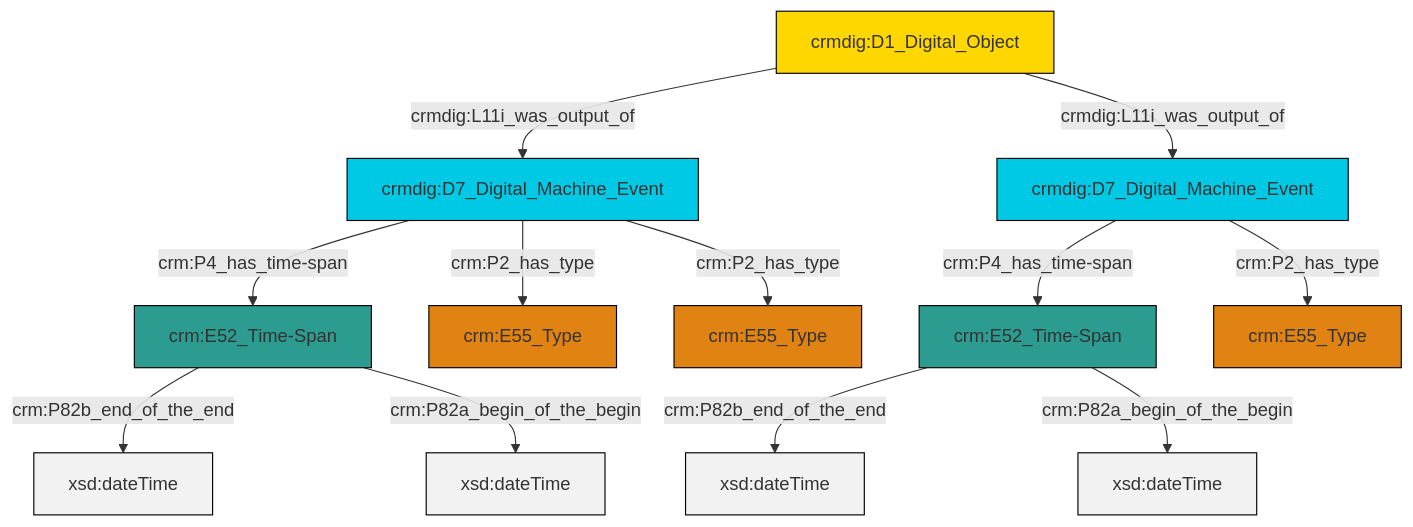
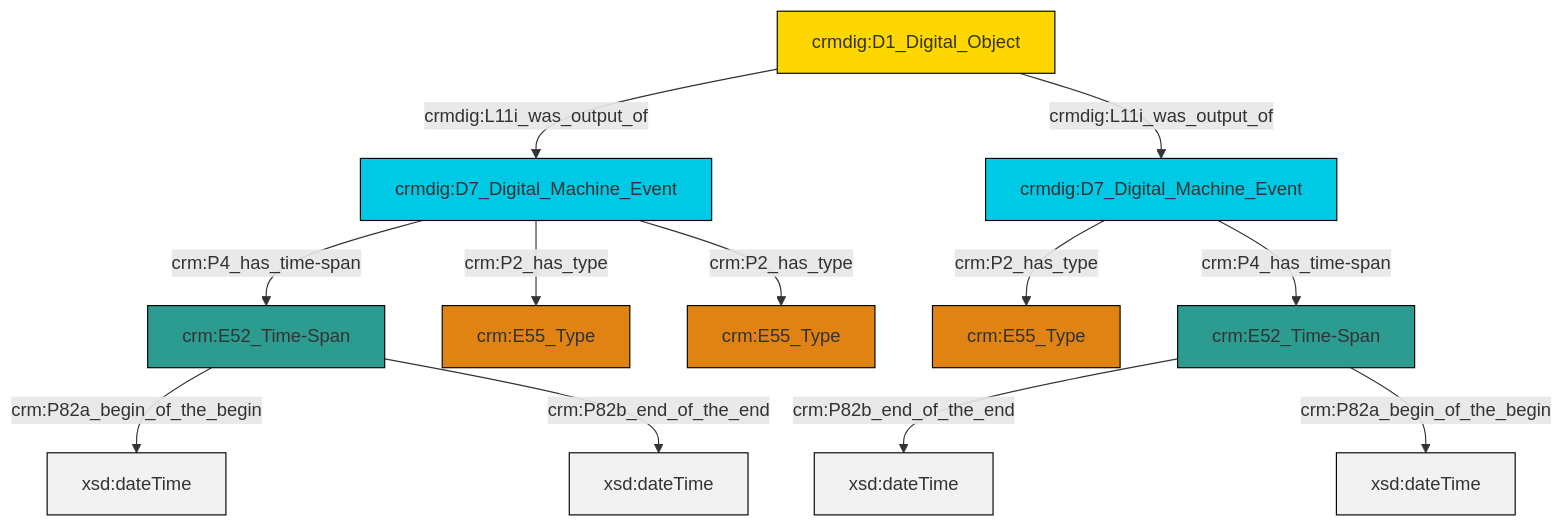
One commit to swiss-art-research-net/reference-data-models changed the diagram in et/doCSV/ttl/mmd/do_existence.ttl.mmd. Above: the diagram before and after it, drawn with Mermaid. The commit also changed 150 other files, not shown here.

```diff
--- a/et/doCSV/ttl/mmd/do_existence.ttl.mmd
+++ b/et/doCSV/ttl/mmd/do_existence.ttl.mmd
@@ -1,26 +1,26 @@
 graph TD
 classDef Literal fill:#f2f2f2,stroke:#000000;
 classDef CRM_Entity fill:#FFFFFF,stroke:#000000;
 classDef Temporal_Entity fill:#00C9E6, stroke:#000000;
 classDef Type fill:#E18312, stroke:#000000;
 classDef Time-Span fill:#2C9C91, stroke:#000000;
 classDef Appellation fill:#FFEB7F, stroke:#000000;
 classDef Place fill:#008836, stroke:#000000;
 classDef Persistent_Item fill:#B266B2, stroke:#000000;
 classDef Conceptual_Object fill:#FFD700, stroke:#000000;
 classDef Physical_Thing fill:#D2B48C, stroke:#000000;
 classDef Actor fill:#f58aad, stroke:#000000;
 classDef PC_Classes fill:#4ce600, stroke:#000000;
 classDef Multi fill:#cccccc,stroke:#000000;
 
 0["crmdig:D1_Digital_Object"]:::Conceptual_Object -->|crmdig:L11i_was_output_of| 1["crmdig:D7_Digital_Machine_Event"]:::Temporal_Entity
-5["crmdig:D7_Digital_Machine_Event"]:::Temporal_Entity -->|crm:P4_has_time-span| 2["crm:E52_Time-Span"]:::Time-Span
-2["crm:E52_Time-Span"]:::Time-Span -->|crm:P82b_end_of_the_end| 8[xsd:dateTime]:::Literal
-1["crmdig:D7_Digital_Machine_Event"]:::Temporal_Entity -->|crm:P4_has_time-span| 11["crm:E52_Time-Span"]:::Time-Span
-11["crm:E52_Time-Span"]:::Time-Span -->|crm:P82b_end_of_the_end| 12[xsd:dateTime]:::Literal
-1["crmdig:D7_Digital_Machine_Event"]:::Temporal_Entity -->|crm:P2_has_type| 6["crm:E55_Type"]:::Type
-11["crm:E52_Time-Span"]:::Time-Span -->|crm:P82a_begin_of_the_begin| 17[xsd:dateTime]:::Literal
-2["crm:E52_Time-Span"]:::Time-Span -->|crm:P82a_begin_of_the_begin| 20[xsd:dateTime]:::Literal
-1["crmdig:D7_Digital_Machine_Event"]:::Temporal_Entity -->|crm:P2_has_type| 9["crm:E55_Type"]:::Type
-0["crmdig:D1_Digital_Object"]:::Conceptual_Object -->|crmdig:L11i_was_output_of| 5["crmdig:D7_Digital_Machine_Event"]:::Temporal_Entity
-5["crmdig:D7_Digital_Machine_Event"]:::Temporal_Entity -->|crm:P2_has_type| 13["crm:E55_Type"]:::Type
+1["crmdig:D7_Digital_Machine_Event"]:::Temporal_Entity -->|crm:P4_has_time-span| 2["crm:E52_Time-Span"]:::Time-Span
+3["crm:E52_Time-Span"]:::Time-Span -->|crm:P82b_end_of_the_end| 4[xsd:dateTime]:::Literal
+2["crm:E52_Time-Span"]:::Time-Span -->|crm:P82a_begin_of_the_begin| 5[xsd:dateTime]:::Literal
+0["crmdig:D1_Digital_Object"]:::Conceptual_Object -->|crmdig:L11i_was_output_of| 6["crmdig:D7_Digital_Machine_Event"]:::Temporal_Entity
+1["crmdig:D7_Digital_Machine_Event"]:::Temporal_Entity -->|crm:P2_has_type| 15["crm:E55_Type"]:::Type
+2["crm:E52_Time-Span"]:::Time-Span -->|crm:P82b_end_of_the_end| 20[xsd:dateTime]:::Literal
+3["crm:E52_Time-Span"]:::Time-Span -->|crm:P82a_begin_of_the_begin| 21[xsd:dateTime]:::Literal
+6["crmdig:D7_Digital_Machine_Event"]:::Temporal_Entity -->|crm:P2_has_type| 13["crm:E55_Type"]:::Type
+6["crmdig:D7_Digital_Machine_Event"]:::Temporal_Entity -->|crm:P4_has_time-span| 3["crm:E52_Time-Span"]:::Time-Span
+1["crmdig:D7_Digital_Machine_Event"]:::Temporal_Entity -->|crm:P2_has_type| 11["crm:E55_Type"]:::Type
```
